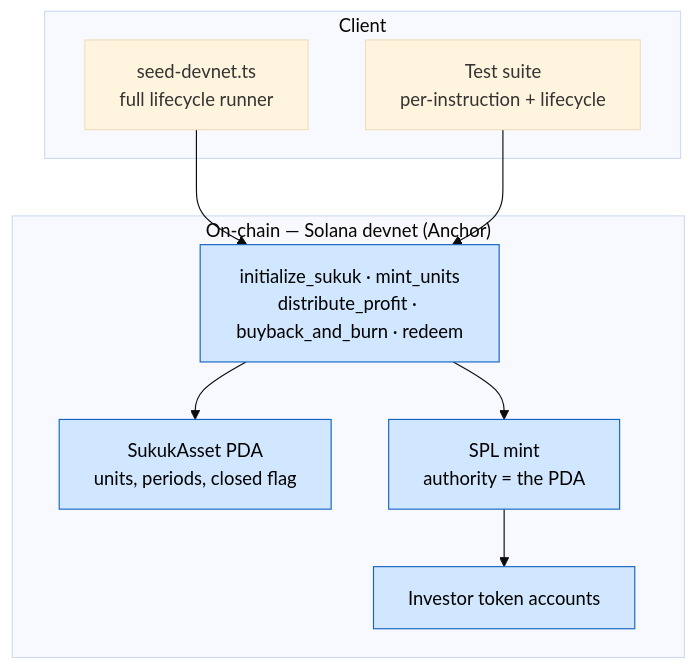
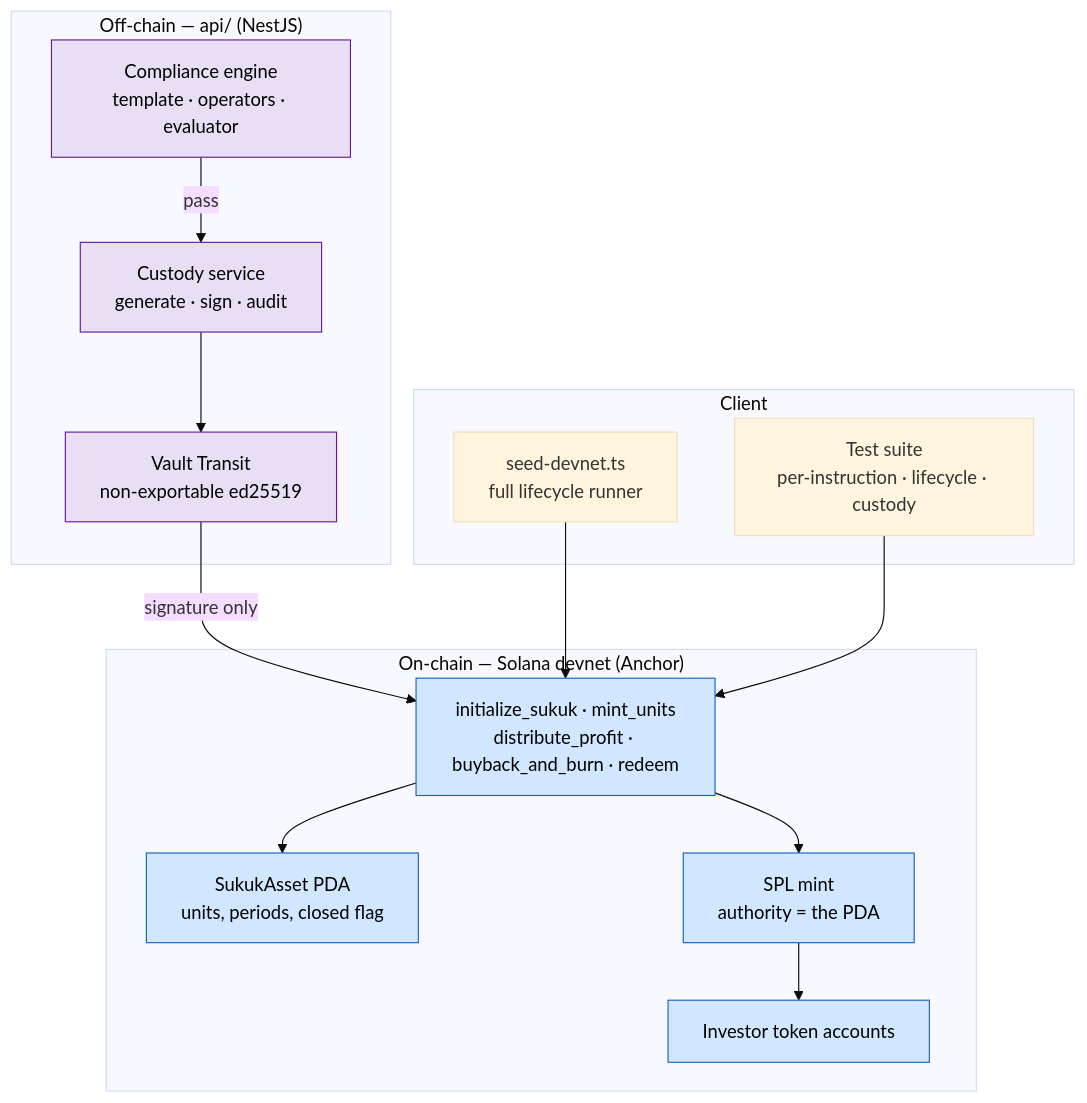
One commit to Aaqeb11/sukuk changed the second of 2 diagrams in README.md. Above: the diagram before and after it, drawn with Mermaid (base theme). The commit also changed other lines of this file and 8 other files, not shown here.

````diff
--- a/README.md
+++ b/README.md
@@ -128,23 +128,35 @@
 ```mermaid
 flowchart TB
     subgraph CHAIN["On-chain — Solana devnet (Anchor)"]
         ASSET["SukukAsset PDA<br/>units, periods, closed flag"]
         MINT["SPL mint<br/>authority = the PDA"]
         INV["Investor token accounts"]
         IX["initialize_sukuk · mint_units<br/>distribute_profit · buyback_and_burn · redeem"]
     end
 
+    subgraph API["Off-chain — api/ (NestJS)"]
+        SCREEN["Compliance engine<br/>template · operators · evaluator"]
+        CUST["Custody service<br/>generate · sign · audit"]
+        VAULT["Vault Transit<br/>non-exportable ed25519"]
+    end
+
     subgraph SCRIPTS["Client"]
         SEED["seed-devnet.ts<br/>full lifecycle runner"]
-        TESTS["Test suite<br/>per-instruction + lifecycle"]
+        TESTS["Test suite<br/>per-instruction · lifecycle · custody"]
     end
+
+    SCREEN -->|"pass"| CUST
+    CUST --> VAULT
+    VAULT -->|"signature only"| IX
 
     SEED --> IX
     TESTS --> IX
     IX --> ASSET
     IX --> MINT
     MINT --> INV
 
     classDef chain fill:#d1e7ff,stroke:#1565c0,color:#000;
+    classDef off fill:#e8dff5,stroke:#6a1b9a,color:#000;
     class ASSET,MINT,INV,IX chain;
+    class SCREEN,CUST,VAULT off;
 ```
````
